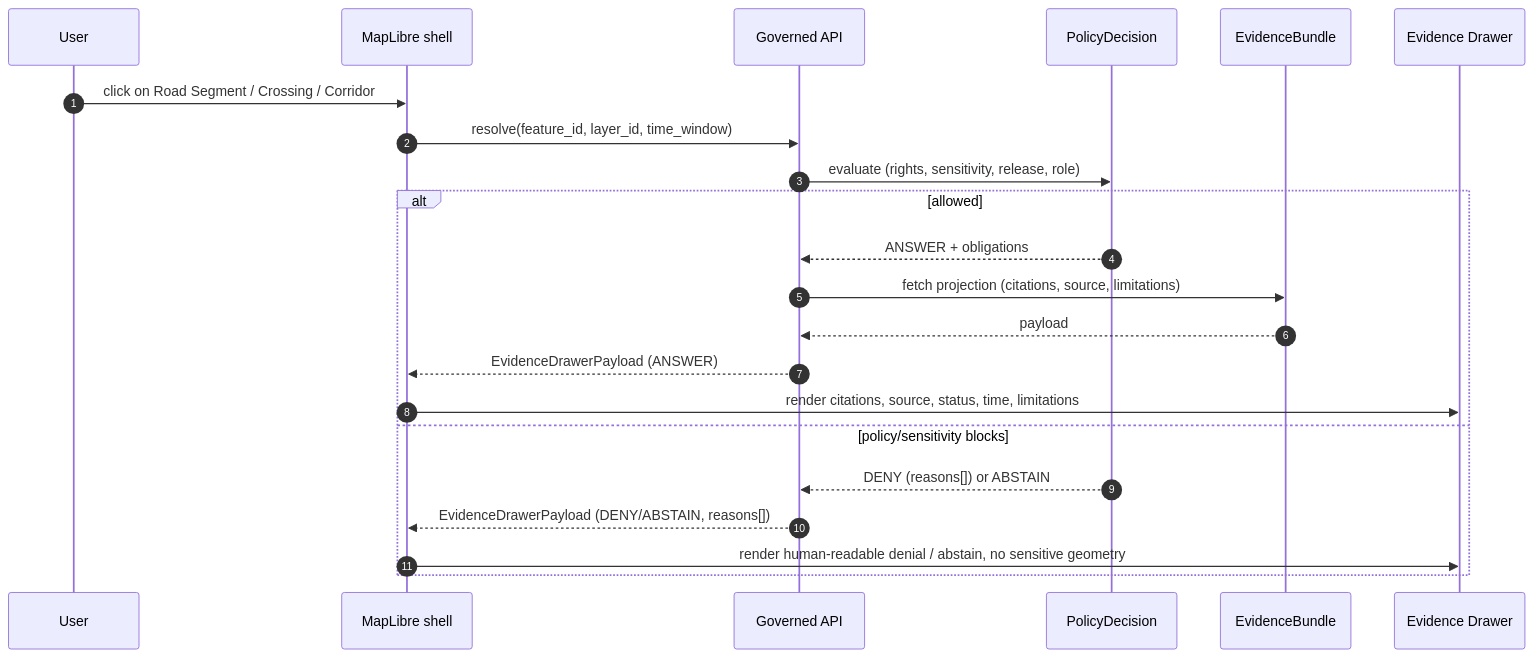
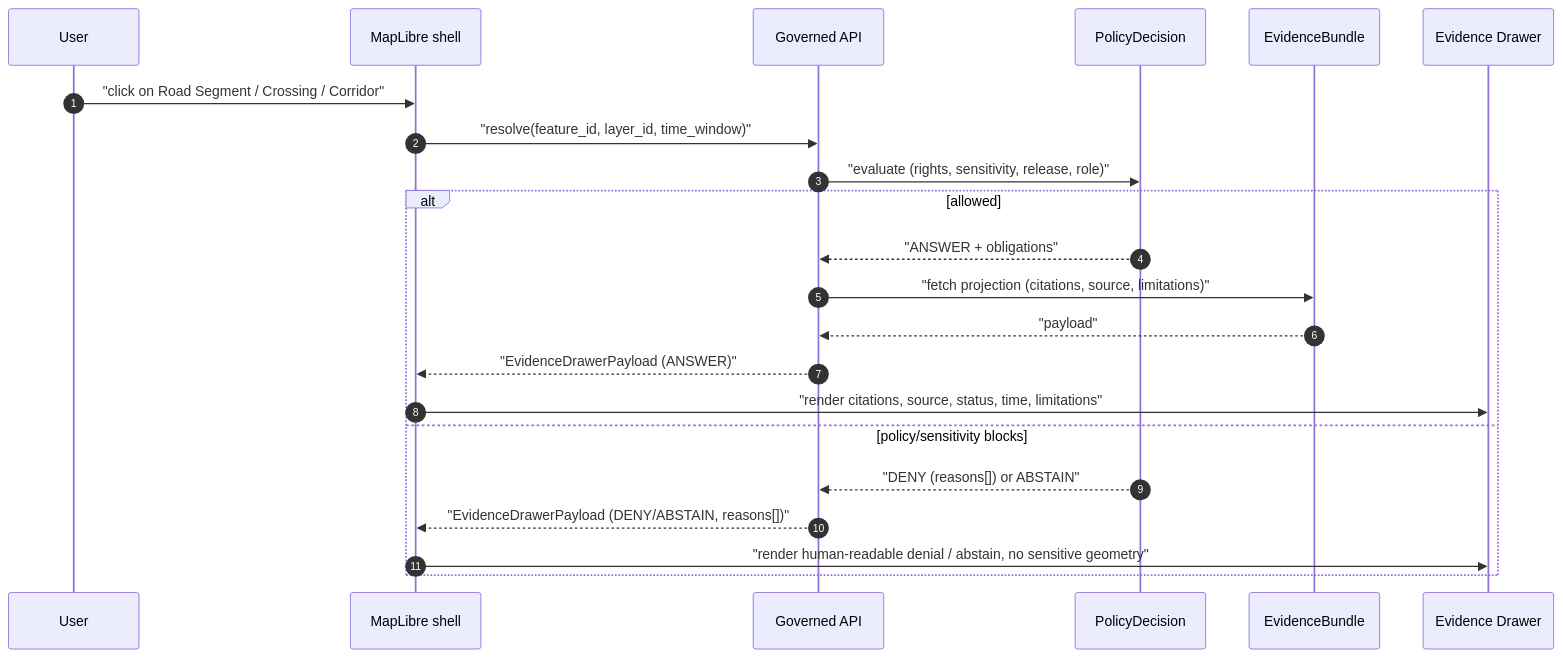
The second of 2 diagrams in docs/domains/roads-rail-trade/MAP_UI_CONTRACTS.md (bartytime4life/Kansas-Frontier-Matrix), drawn with Mermaid before and after one commit. The commit also changed other lines of this file, not shown here.

````diff
--- a/docs/domains/roads-rail-trade/MAP_UI_CONTRACTS.md
+++ b/docs/domains/roads-rail-trade/MAP_UI_CONTRACTS.md
@@ -251,25 +269,25 @@
 ```mermaid
 sequenceDiagram
     autonumber
     participant U as User
     participant UI as MapLibre shell
     participant API as Governed API
     participant POL as PolicyDecision
     participant EVB as EvidenceBundle
     participant DR as Evidence Drawer
 
-    U->>UI: click on Road Segment / Crossing / Corridor
-    UI->>API: resolve(feature_id, layer_id, time_window)
-    API->>POL: evaluate (rights, sensitivity, release, role)
+    U->>UI: "click on Road Segment / Crossing / Corridor"
+    UI->>API: "resolve(feature_id, layer_id, time_window)"
+    API->>POL: "evaluate (rights, sensitivity, release, role)"
     alt allowed
-        POL-->>API: ANSWER + obligations
-        API->>EVB: fetch projection (citations, source, limitations)
-        EVB-->>API: payload
-        API-->>UI: EvidenceDrawerPayload (ANSWER)
-        UI->>DR: render citations, source, status, time, limitations
+        POL-->>API: "ANSWER + obligations"
+        API->>EVB: "fetch projection (citations, source, limitations)"
+        EVB-->>API: "payload"
+        API-->>UI: "EvidenceDrawerPayload (ANSWER)"
+        UI->>DR: "render citations, source, status, time, limitations"
     else policy/sensitivity blocks
-        POL-->>API: DENY (reasons[]) or ABSTAIN
-        API-->>UI: EvidenceDrawerPayload (DENY/ABSTAIN, reasons[])
-        UI->>DR: render human-readable denial / abstain, no sensitive geometry
+        POL-->>API: "DENY (reasons[]) or ABSTAIN"
+        API-->>UI: "EvidenceDrawerPayload (DENY/ABSTAIN, reasons[])"
+        UI->>DR: "render human-readable denial / abstain, no sensitive geometry"
     end
 ```
````
